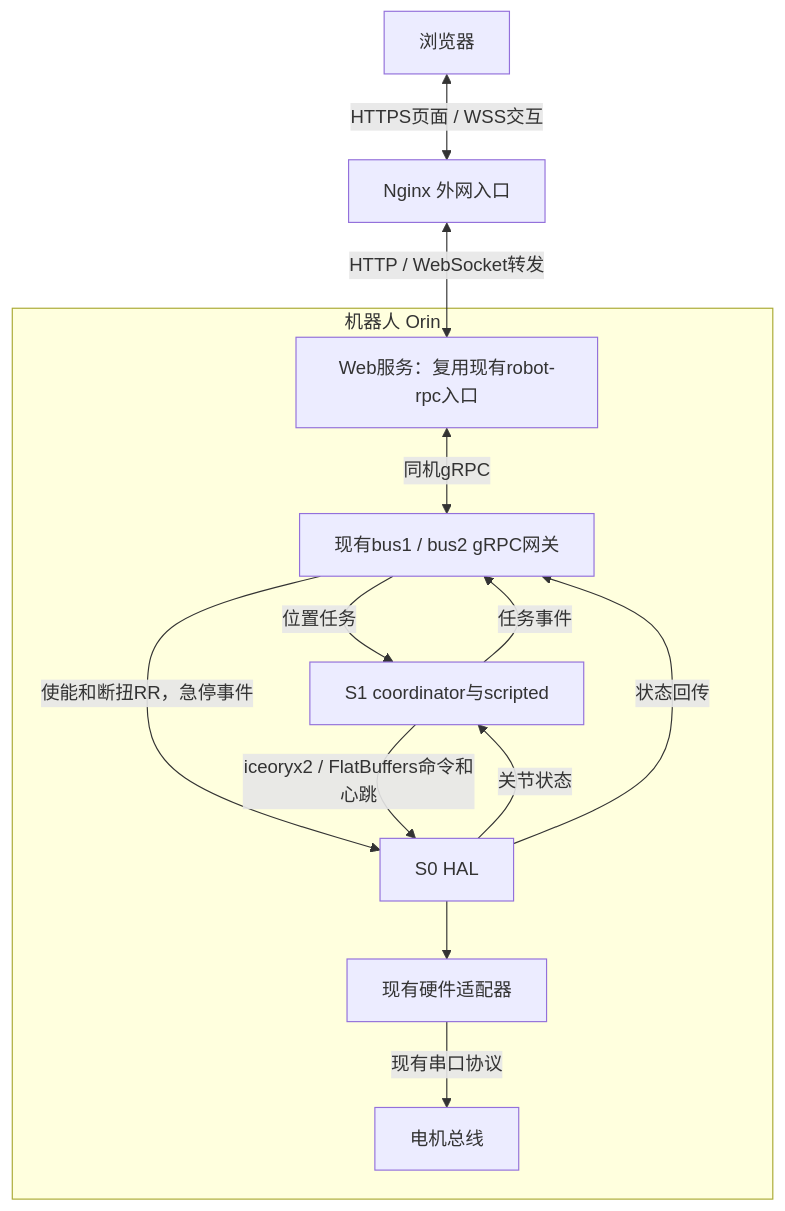
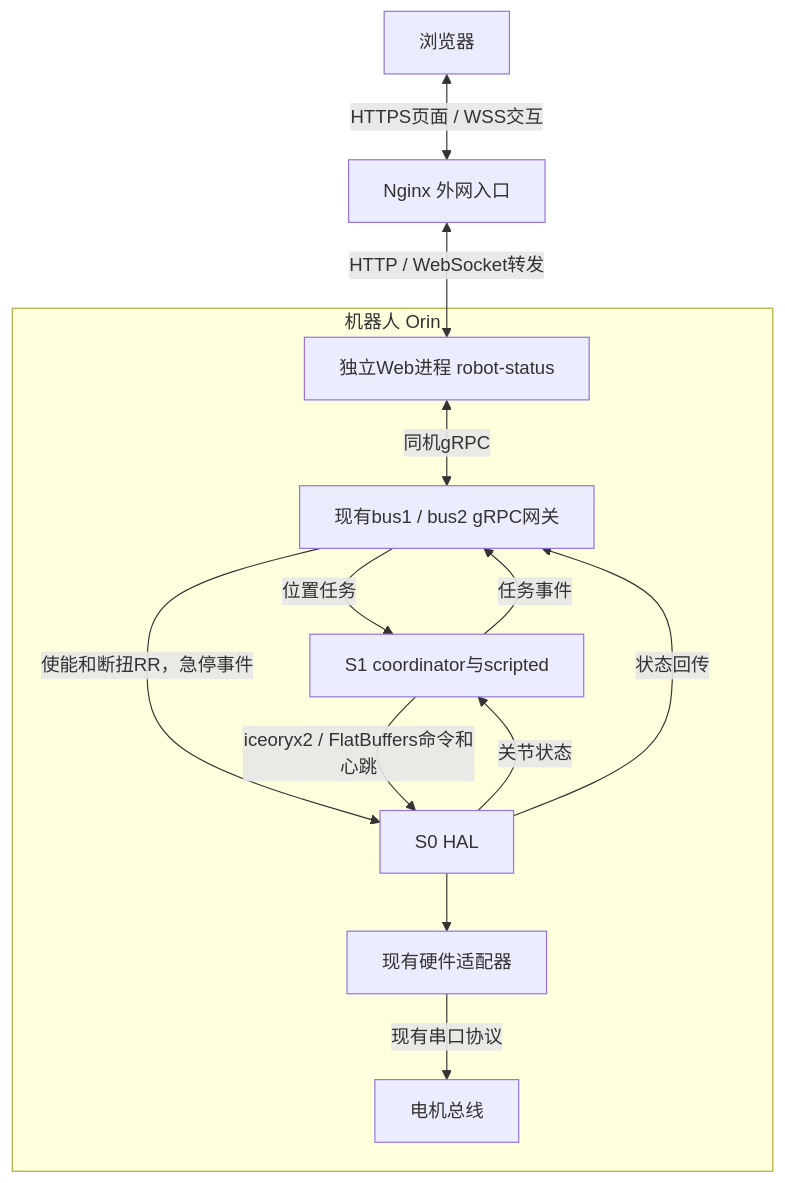
The diagram in docs/control_plan.md (arxxyr/robot-system), drawn with Mermaid before and after one commit. The commit also changed other lines of this file and 13 other files, not shown here.

````diff
--- a/docs/control_plan.md
+++ b/docs/control_plan.md
@@ -9,22 +9,22 @@
 ```mermaid
 flowchart TD
     UI[浏览器] <-->|HTTPS页面 / WSS交互| NG[Nginx 外网入口]
     subgraph ORIN[机器人 Orin]
-        WEB[Web服务：复用现有robot-rpc入口]
+        WEB[独立Web进程 robot-status]
         RPC[现有bus1 / bus2 gRPC网关]
         S1[S1 coordinator与scripted]
         S0[S0 HAL]
         AD[现有硬件适配器]
         DEV[电机总线]
         WEB <-->|同机gRPC| RPC
         RPC -->|位置任务| S1
         RPC -->|使能和断扭RR，急停事件| S0
         S1 -->|iceoryx2 / FlatBuffers命令和心跳| S0
         S0 -->|关节状态| S1
         S0 -->|状态回传| RPC
         S1 -->|任务事件| RPC
         S0 --> AD
         AD -->|现有串口协议| DEV
     end
     NG <-->|HTTP / WebSocket转发| WEB
 ```
````
